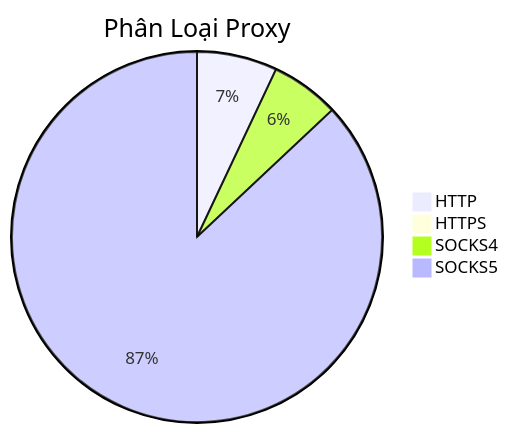
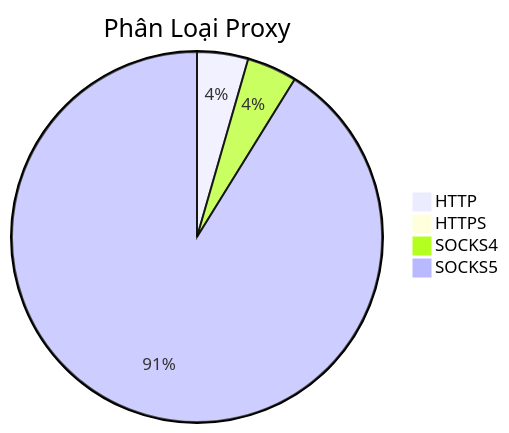
The diagram in README.md (Ciara-Aa/PROXY-free), drawn with Mermaid before and after one commit. The commit also changed other lines of this file and 4 other files, not shown here.

````diff
--- a/README.md
+++ b/README.md
@@ -26,7 +26,7 @@
 ```mermaid
 pie title Phân Loại Proxy
-    "HTTP" : 458
-    "HTTPS" : 4
-    "SOCKS4" : 391
-    "SOCKS5" : 5684
+    "HTTP" : 401
+    "HTTPS" : 3
+    "SOCKS4" : 393
+    "SOCKS5" : 8198
 ```
````
